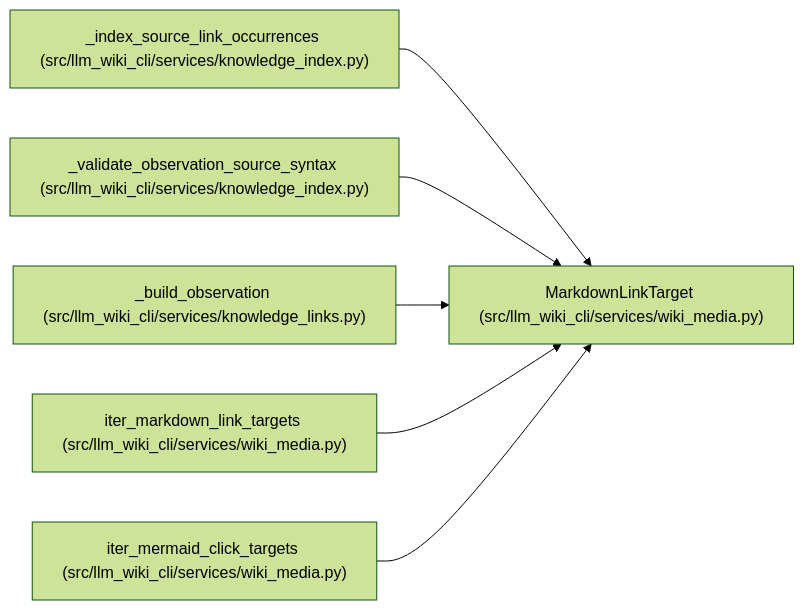
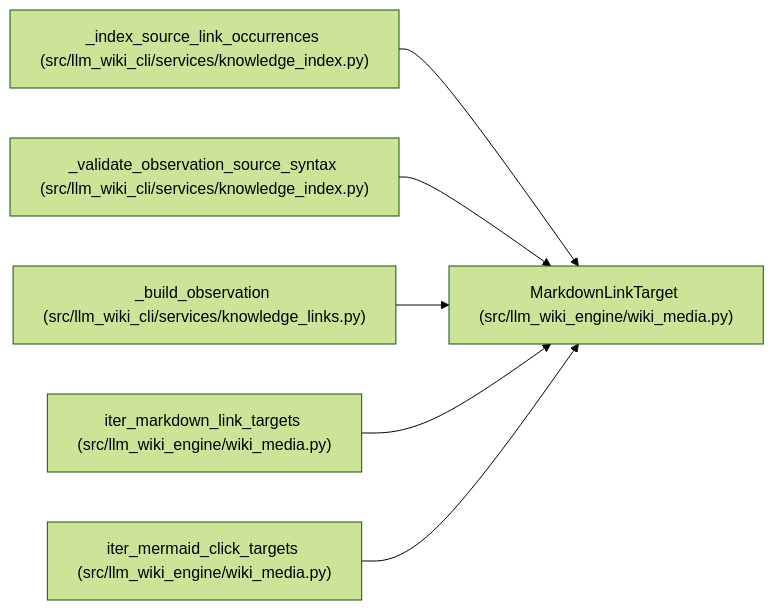
Before and after one commit to Denissvgn/python-wiki-llm: the diagram in docs/llm_wiki/entities/MarkdownLinkTarget.md, drawn with Mermaid (forest theme). The commit also changed other lines of this file and 1103 other files, not shown here.

First line of the commit message:
docs: refresh the wiki for the llm-wiki-engine distribution

````diff
--- a/docs/llm_wiki/entities/MarkdownLinkTarget.md
+++ b/docs/llm_wiki/entities/MarkdownLinkTarget.md
@@ -32,20 +32,20 @@
 ```mermaid
 flowchart LR
-    n0["MarkdownLinkTarget (src/llm_wiki_cli/services/wiki_media.py)"]
+    n0["MarkdownLinkTarget (src/llm_wiki_engine/wiki_media.py)"]
     n1["_index_source_link_occurrences (src/llm_wiki_cli/services/knowledge_index.py)"]
     n2["_validate_observation_source_syntax (src/llm_wiki_cli/services/knowledge_index.py)"]
     n3["_build_observation (src/llm_wiki_cli/services/knowledge_links.py)"]
-    n4["iter_markdown_link_targets (src/llm_wiki_cli/services/wiki_media.py)"]
-    n5["iter_mermaid_click_targets (src/llm_wiki_cli/services/wiki_media.py)"]
+    n4["iter_markdown_link_targets (src/llm_wiki_engine/wiki_media.py)"]
+    n5["iter_mermaid_click_targets (src/llm_wiki_engine/wiki_media.py)"]
     n1 --> n0
     n2 --> n0
     n3 --> n0
     n4 --> n0
     n5 --> n0
     click n0 "../modules/wiki_media.md"
     click n1 "../modules/knowledge_index.md"
     click n2 "../modules/knowledge_index.md"
     click n3 "../modules/knowledge_links.md"
     click n4 "../modules/wiki_media.md"
     click n5 "../modules/wiki_media.md"
 ```
````
